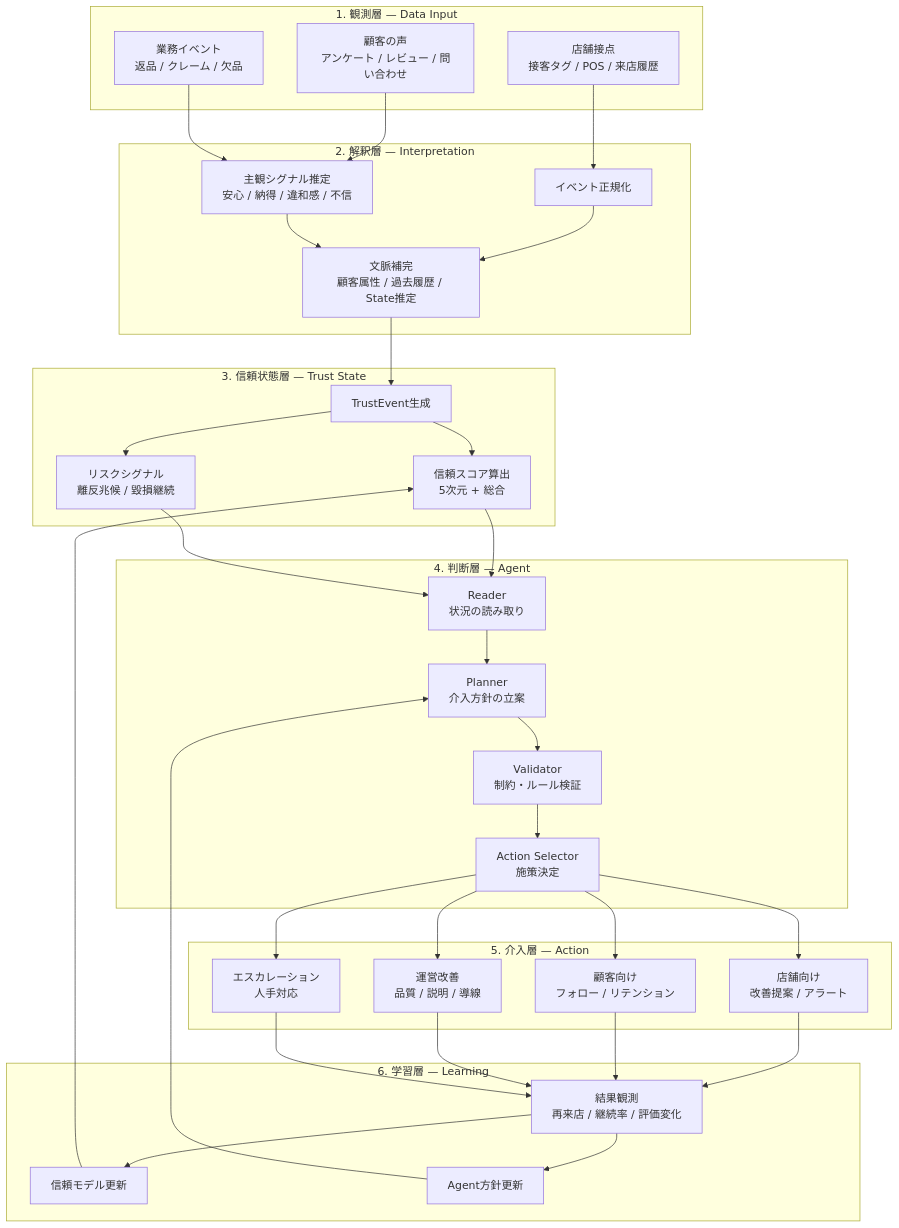
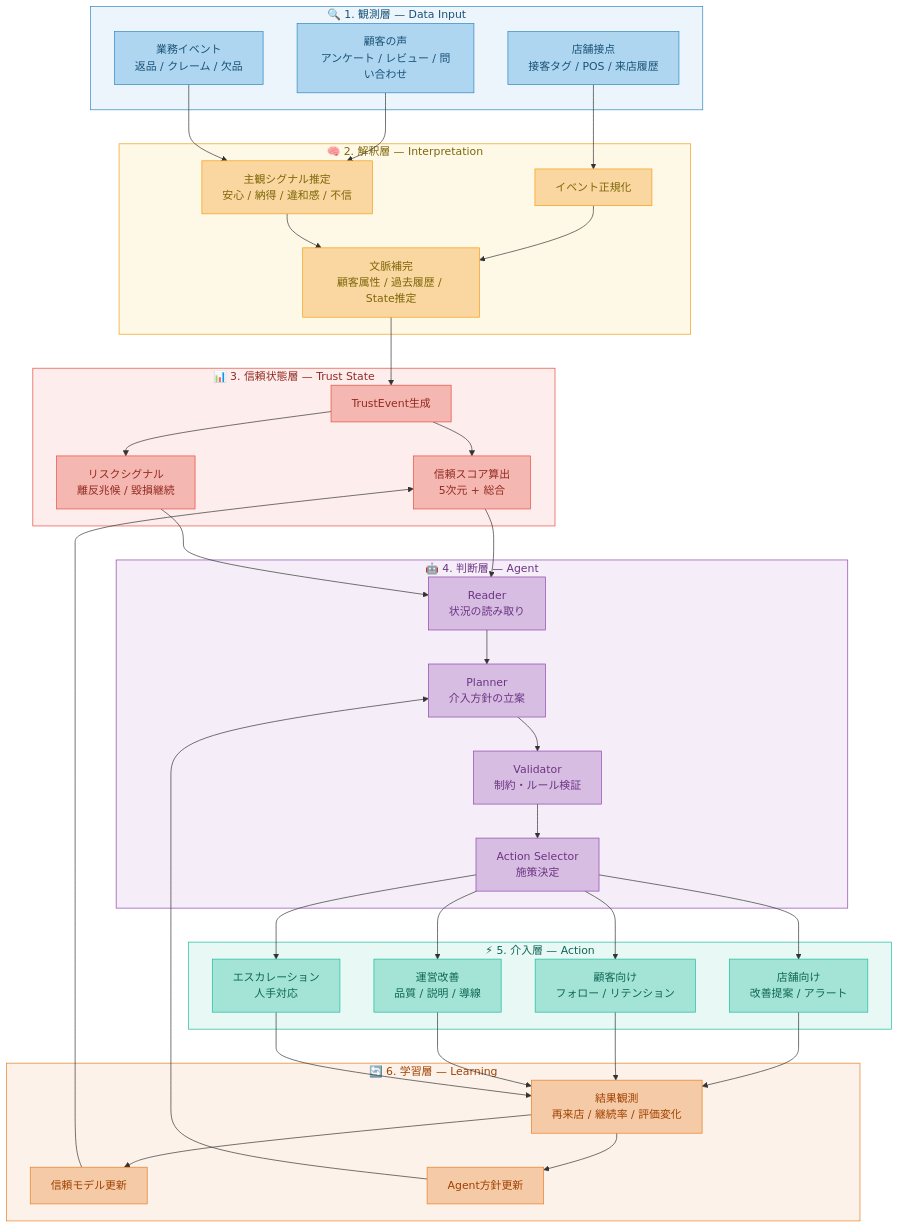
The diagram in docs/architecture-overview.md (KazuakiWatanabe/subjective-trust-platform), drawn with Mermaid before and after one commit. The commit also changed 2 other files, not shown here.

Commit message:
図の修正

````diff
--- a/docs/architecture-overview.md
+++ b/docs/architecture-overview.md
@@ -29,38 +29,38 @@
 ```mermaid
 flowchart TD
-    subgraph L1["1. 観測層 — Data Input"]
+    subgraph L1["🔍 1. 観測層 — Data Input"]
         A1["店舗接点<br/>接客タグ / POS / 来店履歴"]
         A2["顧客の声<br/>アンケート / レビュー / 問い合わせ"]
         A3["業務イベント<br/>返品 / クレーム / 欠品"]
     end
 
-    subgraph L2["2. 解釈層 — Interpretation"]
+    subgraph L2["🧠 2. 解釈層 — Interpretation"]
         B1["イベント正規化"]
         B2["主観シグナル推定<br/>安心 / 納得 / 違和感 / 不信"]
         B3["文脈補完<br/>顧客属性 / 過去履歴 / State推定"]
     end
 
-    subgraph L3["3. 信頼状態層 — Trust State"]
+    subgraph L3["📊 3. 信頼状態層 — Trust State"]
         C1["TrustEvent生成"]
         C2["信頼スコア算出<br/>5次元 + 総合"]
         C3["リスクシグナル<br/>離反兆候 / 毀損継続"]
     end
 
-    subgraph L4["4. 判断層 — Agent"]
+    subgraph L4["🤖 4. 判断層 — Agent"]
         D1["Reader<br/>状況の読み取り"]
         D2["Planner<br/>介入方針の立案"]
         D3["Validator<br/>制約・ルール検証"]
         D4["Action Selector<br/>施策決定"]
     end
 
-    subgraph L5["5. 介入層 — Action"]
+    subgraph L5["⚡ 5. 介入層 — Action"]
         E1["店舗向け<br/>改善提案 / アラート"]
         E2["顧客向け<br/>フォロー / リテンション"]
         E3["運営改善<br/>品質 / 説明 / 導線"]
         E4["エスカレーション<br/>人手対応"]
     end
 
-    subgraph L6["6. 学習層 — Learning"]
+    subgraph L6["🔄 6. 学習層 — Learning"]
         F1["結果観測<br/>再来店 / 継続率 / 評価変化"]
         F2["信頼モデル更新"]
         F3["Agent方針更新"]
@@ -96,4 +96,37 @@
     F2 --> C2
     F1 --> F3
     F3 --> D2
+
+    style L1 fill:#EBF5FB,stroke:#2E86C1,color:#1A5276
+    style L2 fill:#FEF9E7,stroke:#F39C12,color:#7D6608
+    style L3 fill:#FDEDEC,stroke:#E74C3C,color:#922B21
+    style L4 fill:#F5EEF8,stroke:#8E44AD,color:#6C3483
+    style L5 fill:#E8F8F5,stroke:#1ABC9C,color:#0E6655
+    style L6 fill:#FDF2E9,stroke:#E67E22,color:#A04000
+
+    style A1 fill:#AED6F1,stroke:#2E86C1,color:#1A5276
+    style A2 fill:#AED6F1,stroke:#2E86C1,color:#1A5276
+    style A3 fill:#AED6F1,stroke:#2E86C1,color:#1A5276
+
+    style B1 fill:#FAD7A0,stroke:#F39C12,color:#7D6608
+    style B2 fill:#FAD7A0,stroke:#F39C12,color:#7D6608
+    style B3 fill:#FAD7A0,stroke:#F39C12,color:#7D6608
+
+    style C1 fill:#F5B7B1,stroke:#E74C3C,color:#922B21
+    style C2 fill:#F5B7B1,stroke:#E74C3C,color:#922B21
+    style C3 fill:#F5B7B1,stroke:#E74C3C,color:#922B21
+
+    style D1 fill:#D7BDE2,stroke:#8E44AD,color:#6C3483
+    style D2 fill:#D7BDE2,stroke:#8E44AD,color:#6C3483
+    style D3 fill:#D7BDE2,stroke:#8E44AD,color:#6C3483
+    style D4 fill:#D7BDE2,stroke:#8E44AD,color:#6C3483
+
+    style E1 fill:#A3E4D7,stroke:#1ABC9C,color:#0E6655
+    style E2 fill:#A3E4D7,stroke:#1ABC9C,color:#0E6655
+    style E3 fill:#A3E4D7,stroke:#1ABC9C,color:#0E6655
+    style E4 fill:#A3E4D7,stroke:#1ABC9C,color:#0E6655
+
+    style F1 fill:#F5CBA7,stroke:#E67E22,color:#A04000
+    style F2 fill:#F5CBA7,stroke:#E67E22,color:#A04000
+    style F3 fill:#F5CBA7,stroke:#E67E22,color:#A04000
 ```
````
